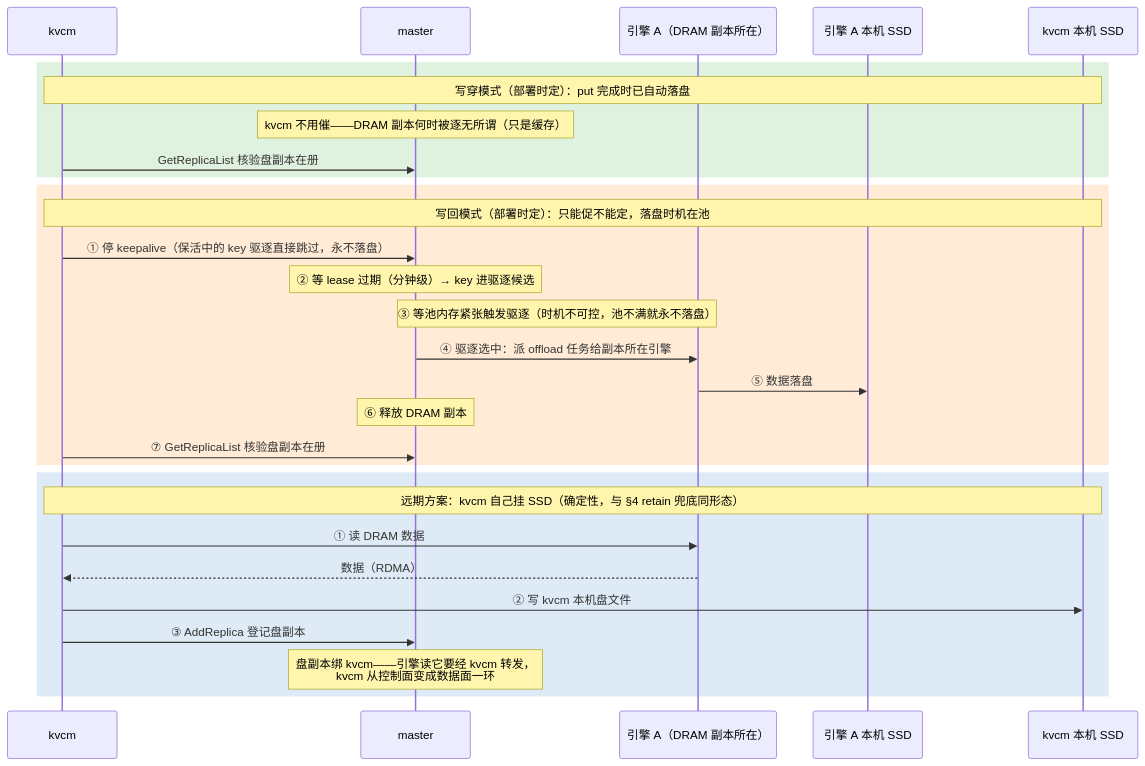
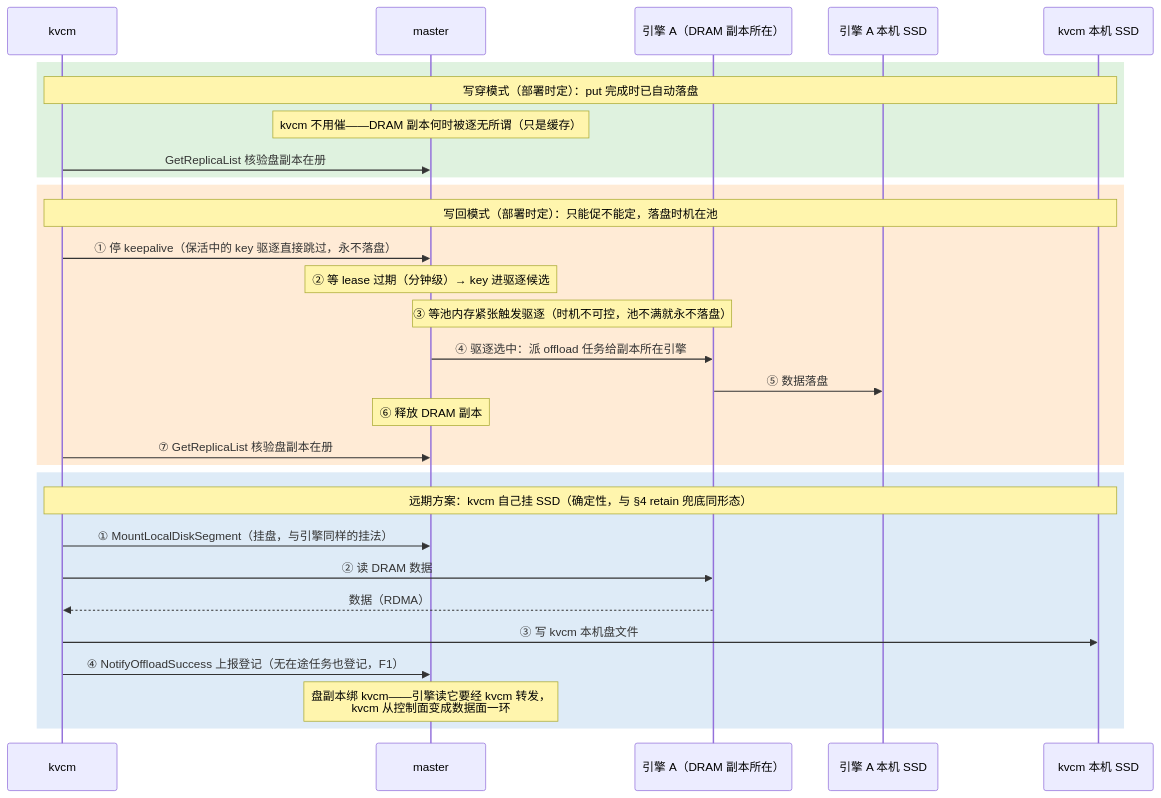
One commit to 5x8-40/lake changed the sixth of 10 diagrams in kvcm/D2-kv-operations.md. Above: the diagram before and after it, drawn with Mermaid. The commit also changed other lines of this file and 2 other files, not shown here.

First line of the commit message:
docs(kvcm): 八项操作机制查缺补漏 + mooncake 控制面/管理面全景 (#59)

````diff
--- a/kvcm/D2-kv-operations.md
+++ b/kvcm/D2-kv-operations.md
@@ -455,34 +489,35 @@
 ```mermaid
 sequenceDiagram
     participant K as kvcm
     participant M as master
     participant E as 引擎 A（DRAM 副本所在）
     participant ES as 引擎 A 本机 SSD
     participant KS as kvcm 本机 SSD
 
     rect rgb(223, 242, 223)
     Note over K,KS: 写穿模式（部署时定）：put 完成时已自动落盘
     Note over M: kvcm 不用催——DRAM 副本何时被逐无所谓（只是缓存）
     K->>M: GetReplicaList 核验盘副本在册
     end
 
     rect rgb(255, 235, 214)
     Note over K,KS: 写回模式（部署时定）：只能促不能定，落盘时机在池
     K->>M: ① 停 keepalive（保活中的 key 驱逐直接跳过，永不落盘）
     Note over M: ② 等 lease 过期（分钟级）→ key 进驱逐候选
     Note over M,E: ③ 等池内存紧张触发驱逐（时机不可控，池不满就永不落盘）
     M->>E: ④ 驱逐选中：派 offload 任务给副本所在引擎
     E->>ES: ⑤ 数据落盘
     Note over M: ⑥ 释放 DRAM 副本
     K->>M: ⑦ GetReplicaList 核验盘副本在册
     end
 
     rect rgb(222, 235, 247)
     Note over K,KS: 远期方案：kvcm 自己挂 SSD（确定性，与 §4 retain 兜底同形态）
-    K->>E: ① 读 DRAM 数据
+    K->>M: ① MountLocalDiskSegment（挂盘，与引擎同样的挂法）
+    K->>E: ② 读 DRAM 数据
     E-->>K: 数据（RDMA）
-    K->>KS: ② 写 kvcm 本机盘文件
-    K->>M: ③ AddReplica 登记盘副本
+    K->>KS: ③ 写 kvcm 本机盘文件
+    K->>M: ④ NotifyOffloadSuccess 上报登记（无在途任务也登记，F1）
     Note over M: 盘副本绑 kvcm——引擎读它要经 kvcm 转发，<br/>kvcm 从控制面变成数据面一环
     end
 ```
````
